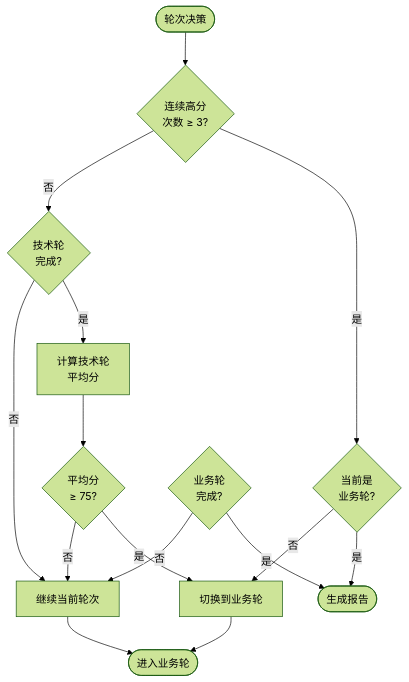
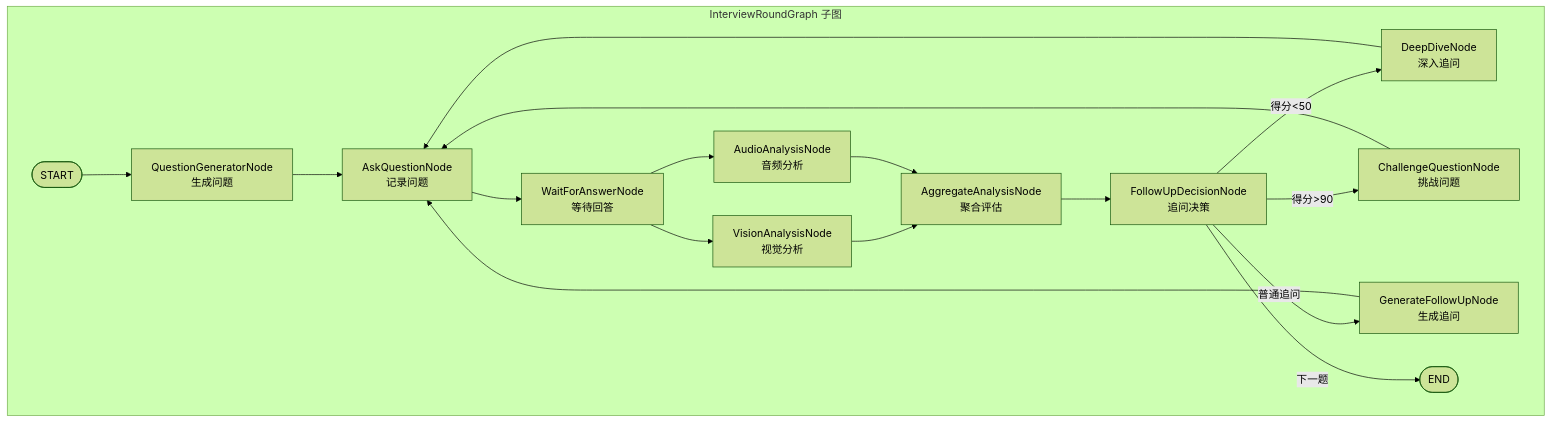
Before and after one commit to zunff/interview-agent: the second of 2 diagrams in README.md, drawn with Mermaid (forest theme). The commit also changed other lines of this file, not shown here.

````diff
--- a/README.md
+++ b/README.md
@@ -144,23 +52,25 @@
 ```mermaid
-graph TD
-    START([轮次决策]) --> CHECK_EARLY{连续高分<br/>次数 ≥ 3?}
-    CHECK_EARLY -->|是| CHECK_ROUND{当前是<br/>业务轮?}
-    CHECK_EARLY -->|否| CHECK_TECH{技术轮<br/>完成?}
-
-    CHECK_ROUND -->|是| END_REPORT([生成报告])
-    CHECK_ROUND -->|否| TO_BIZ[切换到业务轮]
-
-    CHECK_TECH -->|是| CALC_SCORE[计算技术轮<br/>平均分]
-    CHECK_TECH -->|否| CONTINUE[继续当前轮次]
-
-    CALC_SCORE --> CHECK_PASS{平均分<br/>≥ 75?}
-    CHECK_PASS -->|是| TO_BIZ
-    CHECK_PASS -->|否| CONTINUE
-
-    CHECK_BIZ{业务轮<br/>完成?}
-    CHECK_BIZ -->|是| END_REPORT
-    CHECK_BIZ -->|否| CONTINUE
-
-    TO_BIZ --> NEXT([进入业务轮])
-    CONTINUE --> NEXT
+graph TB
+    subgraph SubGraph["InterviewRoundGraph 子图"]
+        SUB_START([START]) --> GEN[QuestionGeneratorNode<br/>生成问题]
+        GEN --> ASK[AskQuestionNode<br/>记录问题]
+        ASK --> WAIT[WaitForAnswerNode<br/>等待回答]
+        
+        WAIT --> VISION[VisionAnalysisNode<br/>视觉分析]
+        WAIT --> AUDIO[AudioAnalysisNode<br/>音频分析]
+        
+        VISION --> AGG[AggregateAnalysisNode<br/>聚合评估]
+        AUDIO --> AGG
+        
+        AGG --> DECISION[FollowUpDecisionNode<br/>追问决策]
+        
+        DECISION -->|得分<50| DEEP[DeepDiveNode<br/>深入追问]
+        DECISION -->|得分>90| CHALLENGE[ChallengeQuestionNode<br/>挑战问题]
+        DECISION -->|普通追问| FOLLOW[GenerateFollowUpNode<br/>生成追问]
+        DECISION -->|下一题| SUB_END([END])
+        
+        DEEP --> ASK
+        CHALLENGE --> ASK
+        FOLLOW --> ASK
+    end
 ```
````
